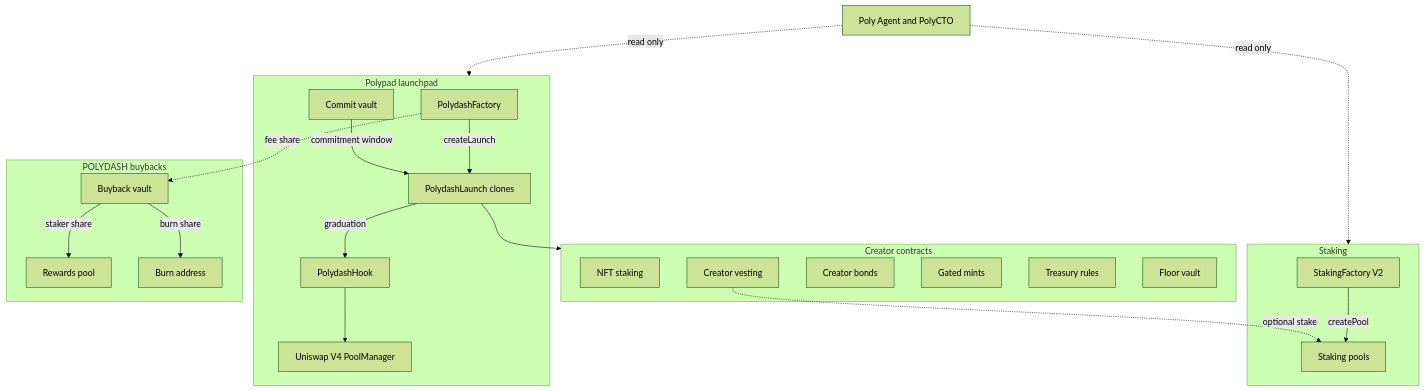
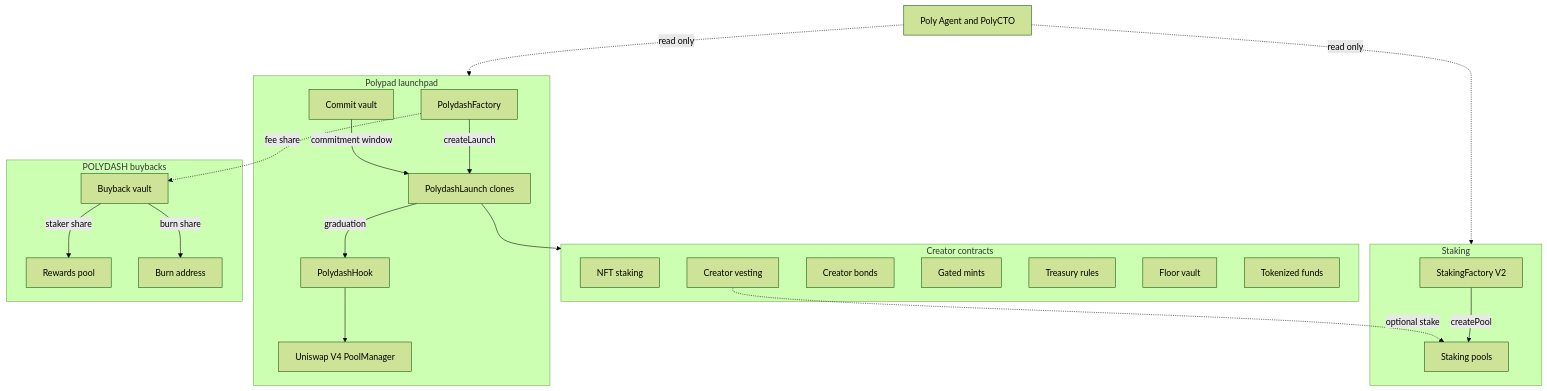
Before and after one commit to polydash-labs/Polydash: the diagram in README.md, drawn with Mermaid (forest theme). The commit also changed other lines of this file and 9 other files, not shown here.

First line of the commit message:
feat: add Phase 1a tokenized fund raise

````diff
--- a/README.md
+++ b/README.md
@@ -39,41 +39,42 @@
 ```mermaid
 flowchart TB
   subgraph launchpad [Polypad launchpad]
     Factory[PolydashFactory]
     Launch[PolydashLaunch clones]
     Commit[Commit vault]
     Hook[PolydashHook]
     Factory -->|createLaunch| Launch
     Commit -->|commitment window| Launch
     Launch -->|graduation| Hook
     Hook --> V4[Uniswap V4 PoolManager]
   end
 
   subgraph staking [Staking]
     SF[StakingFactory V2]
     Pools[Staking pools]
     SF -->|createPool| Pools
   end
 
   subgraph creators [Creator contracts]
     NftStake[NFT staking]
     Vest[Creator vesting]
     Bond[Creator bonds]
     Gate[Gated mints]
     Treas[Treasury rules]
     Floor[Floor vault]
+    Fund[Tokenized funds]
   end
 
   subgraph buybacks [POLYDASH buybacks]
     Buyback[Buyback vault]
     Rewards[Rewards pool]
     Buyback -->|staker share| Rewards
     Buyback -->|burn share| Dead[Burn address]
   end
 
   Launch --> creators
   Factory -.->|fee share| Buyback
   Vest -.->|optional stake| Pools
   Agents[Poly Agent and PolyCTO] -. read only .-> launchpad
   Agents -. read only .-> staking
 ```
````
